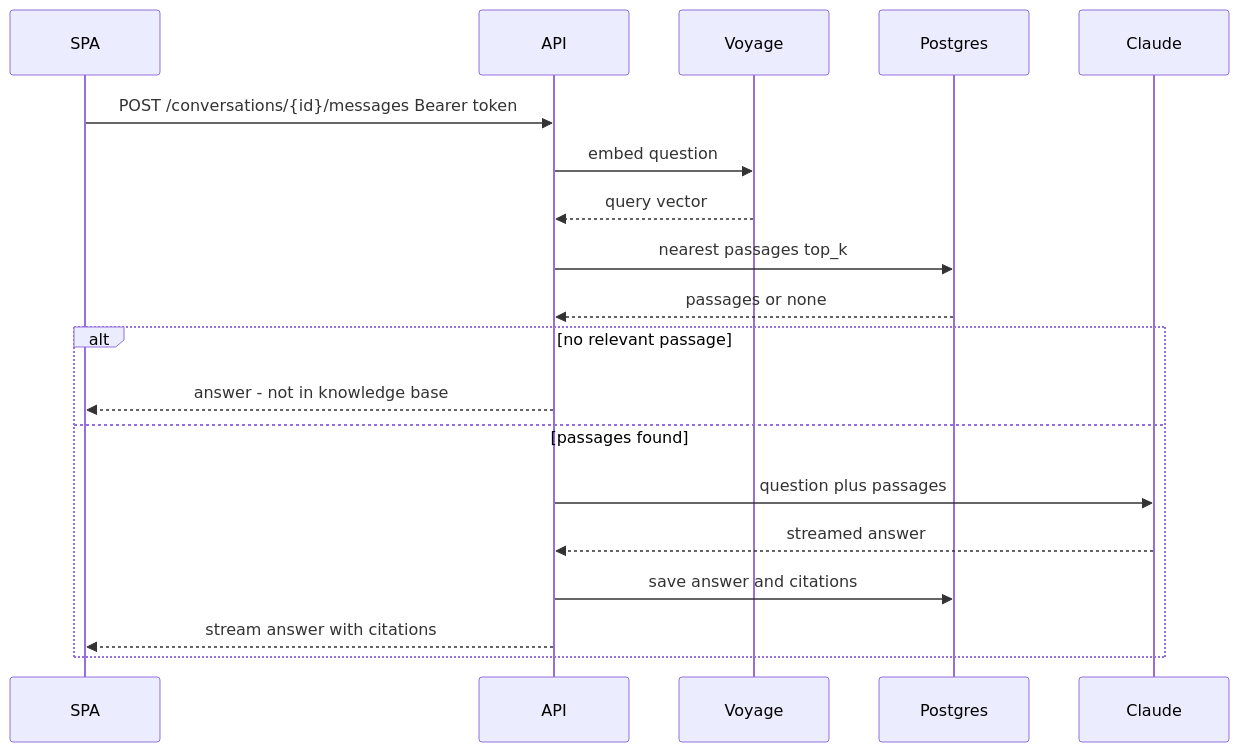
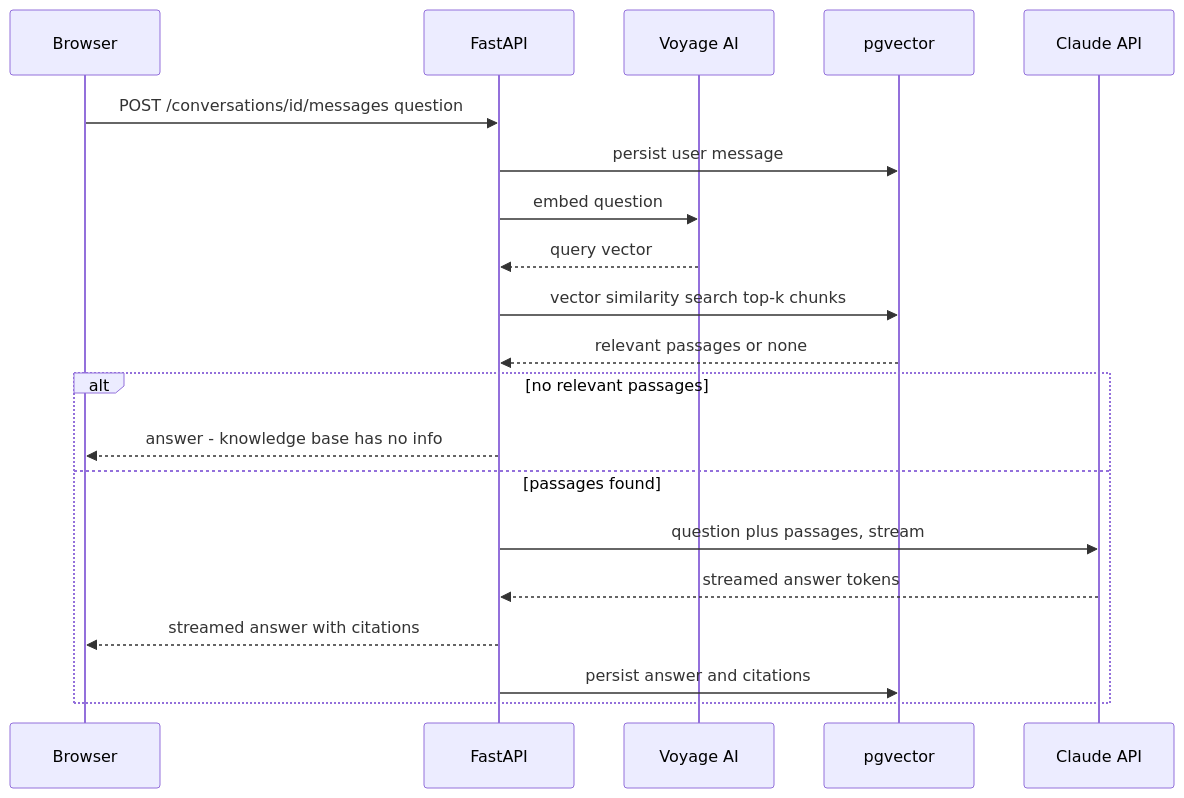
One commit to saitejaquorq/blogger changed the third of 5 diagrams in docs/sdlc/architecture/README.md. Above: the diagram before and after it, drawn with Mermaid. The commit also changed other lines of this file and 15 other files, not shown here.

````diff
--- a/docs/sdlc/architecture/README.md
+++ b/docs/sdlc/architecture/README.md
@@ -304,21 +289,22 @@
 ```mermaid
 sequenceDiagram
-  participant U as SPA
-  participant A as API
-  participant V as Voyage
-  participant P as Postgres
-  participant C as Claude
-  U->>A: POST /conversations/{id}/messages Bearer token
+  participant U as Browser
+  participant A as FastAPI
+  participant V as Voyage AI
+  participant D as pgvector
+  participant C as Claude API
+  U->>A: POST /conversations/id/messages question
+  A->>D: persist user message
   A->>V: embed question
   V-->>A: query vector
-  A->>P: nearest passages top_k
-  P-->>A: passages or none
-  alt no relevant passage
-    A-->>U: answer - not in knowledge base
+  A->>D: vector similarity search top-k chunks
+  D-->>A: relevant passages or none
+  alt no relevant passages
+    A-->>U: answer - knowledge base has no info
   else passages found
-    A->>C: question plus passages
-    C-->>A: streamed answer
-    A->>P: save answer and citations
-    A-->>U: stream answer with citations
+    A->>C: question plus passages, stream
+    C-->>A: streamed answer tokens
+    A-->>U: streamed answer with citations
+    A->>D: persist answer and citations
   end
 ```
````
